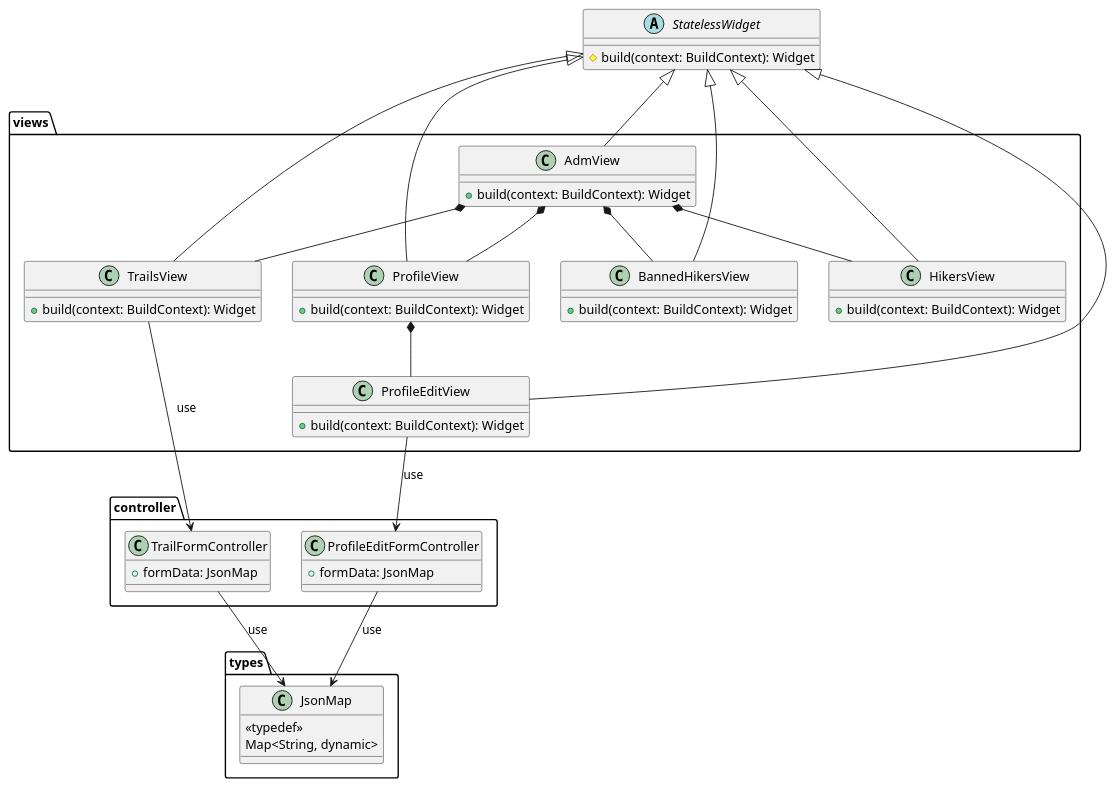
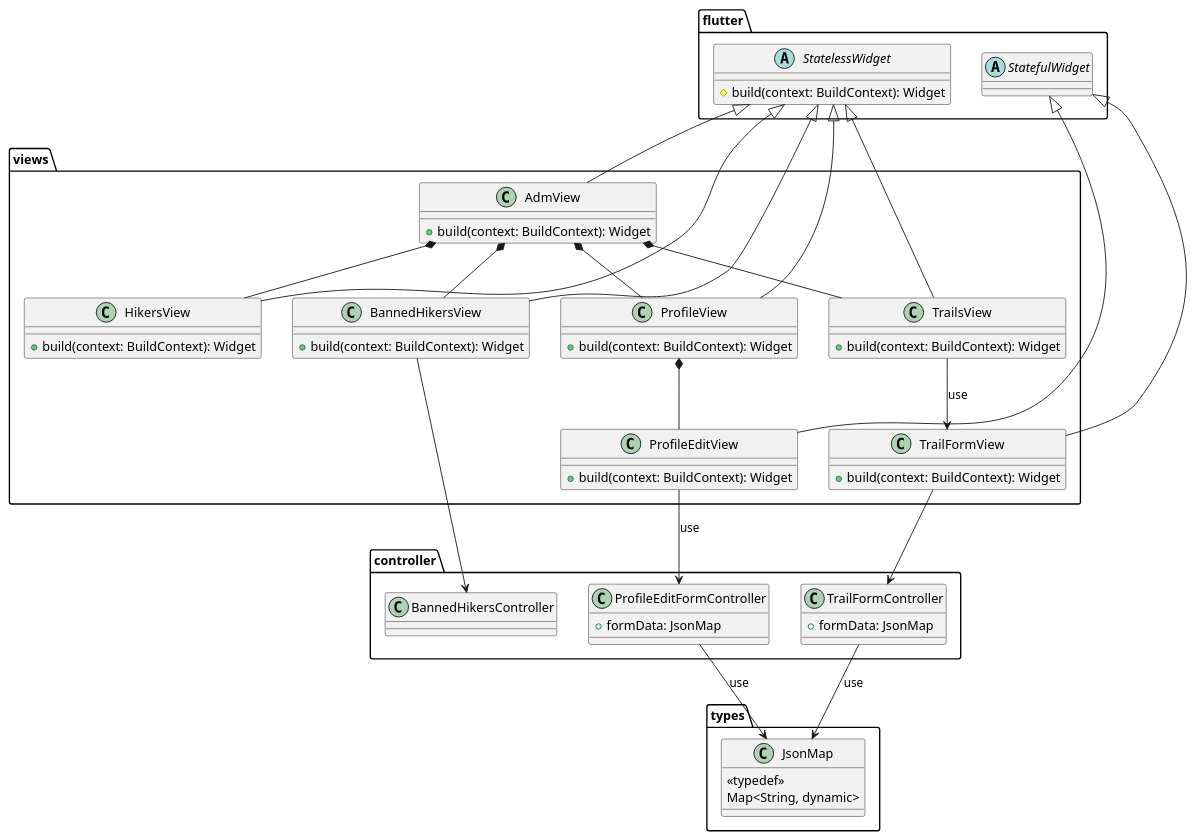
Before and after one commit to tiagors09/pe_na_pedra: the diagram in docs/diagrams/src/class_diagrams/pe_na_pedra_class_diagram_8.plantuml, drawn with PlantUML. The commit also changed 4 other files, not shown here.

```diff
--- a/docs/diagrams/src/class_diagrams/pe_na_pedra_class_diagram_8.plantuml
+++ b/docs/diagrams/src/class_diagrams/pe_na_pedra_class_diagram_8.plantuml
@@ -1,67 +1,83 @@
 @startuml pe_na_pedra_class_diagram_8
 package types {
   class JsonMap {
     <<typedef>>
     Map<String, dynamic>
   }
 }
 
-abstract class StatelessWidget {
+package flutter {
+  abstract class StatelessWidget {
   # build(context: BuildContext): Widget
+  }
+
+  abstract class StatefulWidget
 }
 
 package controller {
   class TrailFormController {
     + formData: JsonMap
   }
 
   class ProfileEditFormController {
     + formData: JsonMap
   }
+
+  class BannedHikersController
 }
 
 package views {
   class AdmView {
     + build(context: BuildContext): Widget
   }
 
   class TrailsView {
+    + build(context: BuildContext): Widget
+  }
+
+  class TrailFormView {
     + build(context: BuildContext): Widget
   }
 
   class ProfileView {
     + build(context: BuildContext): Widget
   }
 
   class ProfileEditView {
     + build(context: BuildContext): Widget
   }
 
   class BannedHikersView {
     + build(context: BuildContext): Widget
   }
 
   class HikersView {
     + build(context: BuildContext): Widget
   }
 }
 
 StatelessWidget <|-- AdmView
 StatelessWidget <|-- ProfileView
-StatelessWidget <|-- ProfileEditView
+StatefulWidget <|-- ProfileEditView
 StatelessWidget <|-- TrailsView
 StatelessWidget <|-- BannedHikersView
 StatelessWidget <|-- HikersView
 
 AdmView *-- ProfileView
 ProfileView *-- ProfileEditView
 AdmView *-- TrailsView
 AdmView *-- BannedHikersView
 AdmView *-- HikersView
 
-TrailsView --> TrailFormController : use
+TrailsView --> TrailFormView : use
 ProfileEditView --> ProfileEditFormController : use
 
 TrailFormController --> JsonMap : use
 ProfileEditFormController --> JsonMap : use
+
+BannedHikersView --> BannedHikersController
+
+TrailFormView --> TrailFormController
+
+StatefulWidget <|-- TrailFormView
 @enduml
```
